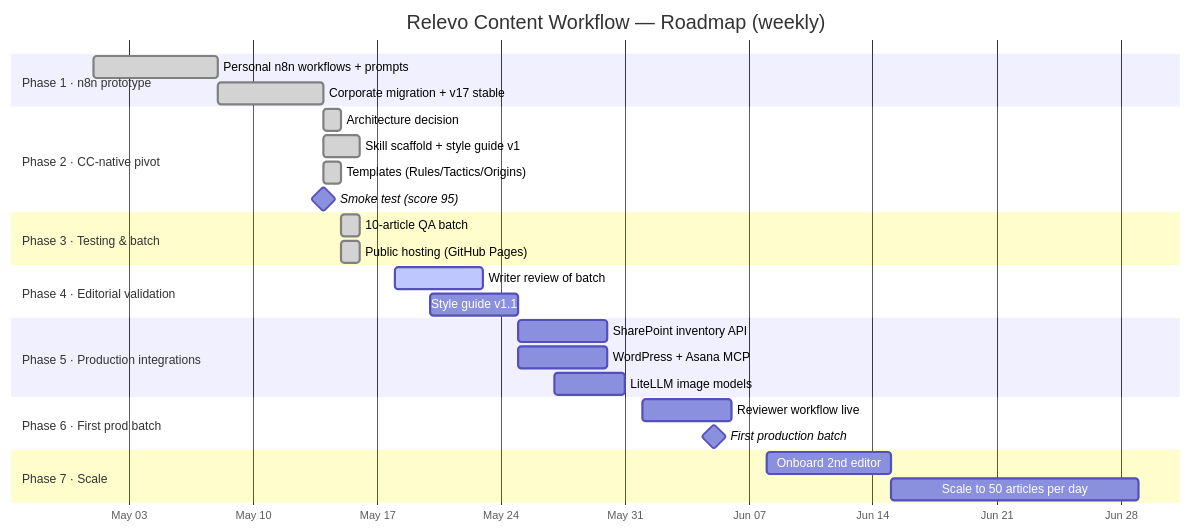
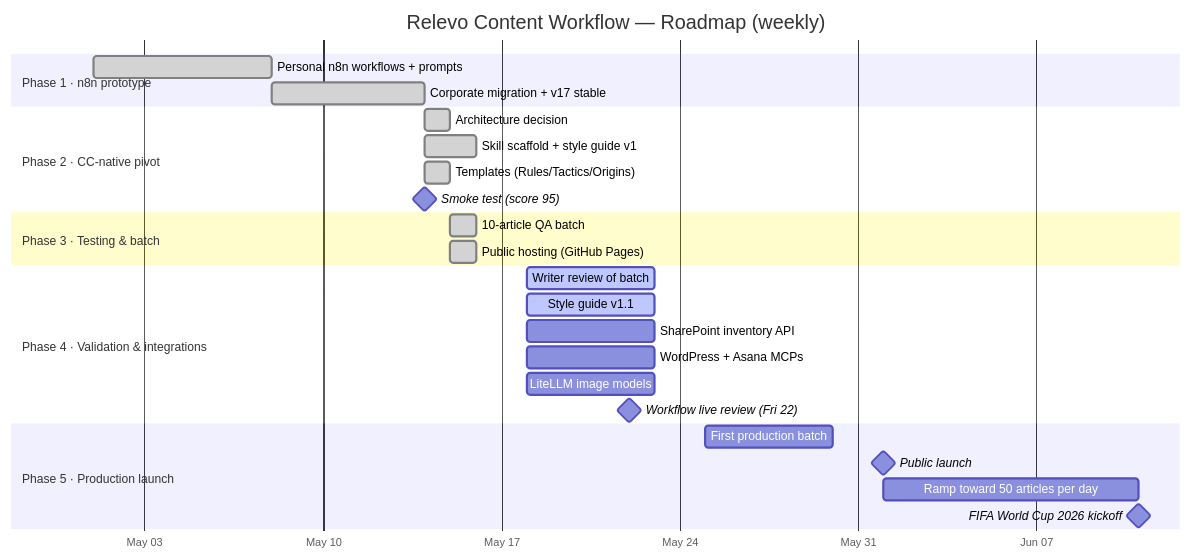
Before and after one commit to jpwaimann/relevo-content: the diagram in README.md, drawn with Mermaid. The commit also changed other lines of this file and 2 other files, not shown here.

Commit message:
Restructure roadmap from 7 to 5 phases; add FIFA WC 2026 deadlines
- Fuse old Phase 4 (Editorial validation) and Phase 5 (Production integrations)
  into a single Phase 4 (Validation & integrations) that runs May 18 - May 22.
  All five workstreams (writer review, style guide v1.1, SharePoint inventory,
  WordPress + Asana MCPs, LiteLLM image models) must land by Friday May 22 for
  the end-to-end workflow review.

- Fuse old Phase 6 (First prod batch) and Phase 7 (Scale) into a single Phase 5
  (Production launch) that runs May 25 - June 11. First production batch the
  week of May 25; hard public launch on June 1; ramp toward 50 articles/day
  across early June; FIFA World Cup 2026 kickoff on June 11 closes the phase.

- New milestones in the Gantt: Workflow live review (Fri May 22), Public launch
  (Mon June 1), FIFA WC 2026 kickoff (Thu June 11).

- Status line at the top of README.md and index.html updated to make both
  deadlines (May 22, June 1) and the FIFA WC context (June 11) visible.

````diff
--- a/README.md
+++ b/README.md
@@ -15,37 +15,34 @@
 ```mermaid
 gantt
     title Relevo Content Workflow — Roadmap (weekly)
     dateFormat YYYY-MM-DD
     axisFormat %b %d
 
     section Phase 1 · n8n prototype
     Personal n8n workflows + prompts   :done, p1a, 2026-05-01, 7d
     Corporate migration + v17 stable   :done, p1b, 2026-05-08, 6d
 
     section Phase 2 · CC-native pivot
     Architecture decision              :done, p2a, 2026-05-14, 1d
     Skill scaffold + style guide v1    :done, p2b, 2026-05-14, 2d
     Templates (Rules/Tactics/Origins)  :done, p2c, 2026-05-14, 1d
     Smoke test (score 95)              :milestone, m1, 2026-05-14, 0d
 
     section Phase 3 · Testing & batch
     10-article QA batch                :done, p3a, 2026-05-15, 1d
     Public hosting (GitHub Pages)      :done, p3b, 2026-05-15, 1d
 
-    section Phase 4 · Editorial validation
+    section Phase 4 · Validation & integrations
     Writer review of batch             :active, p4a, 2026-05-18, 5d
-    Style guide v1.1                   :p4b, 2026-05-20, 5d
+    Style guide v1.1                   :active, p4b, 2026-05-18, 5d
+    SharePoint inventory API           :p4c, 2026-05-18, 5d
+    WordPress + Asana MCPs             :p4d, 2026-05-18, 5d
+    LiteLLM image models               :p4e, 2026-05-18, 5d
+    Workflow live review (Fri 22)      :milestone, m2, 2026-05-22, 0d
 
-    section Phase 5 · Production integrations
-    SharePoint inventory API           :p5a, 2026-05-25, 5d
-    WordPress + Asana MCP              :p5b, 2026-05-25, 5d
-    LiteLLM image models               :p5c, 2026-05-27, 4d
-
-    section Phase 6 · First prod batch
-    Reviewer workflow live             :p6a, 2026-06-01, 5d
-    First production batch             :milestone, m2, 2026-06-05, 0d
-
-    section Phase 7 · Scale
-    Onboard 2nd editor                 :p7a, 2026-06-08, 7d
-    Scale to 50 articles per day       :p7b, 2026-06-15, 14d
+    section Phase 5 · Production launch
+    First production batch             :p5a, 2026-05-25, 5d
+    Public launch                      :milestone, m3, 2026-06-01, 0d
+    Ramp toward 50 articles per day    :p5b, 2026-06-01, 10d
+    FIFA World Cup 2026 kickoff        :milestone, m4, 2026-06-11, 0d
 ```
````
